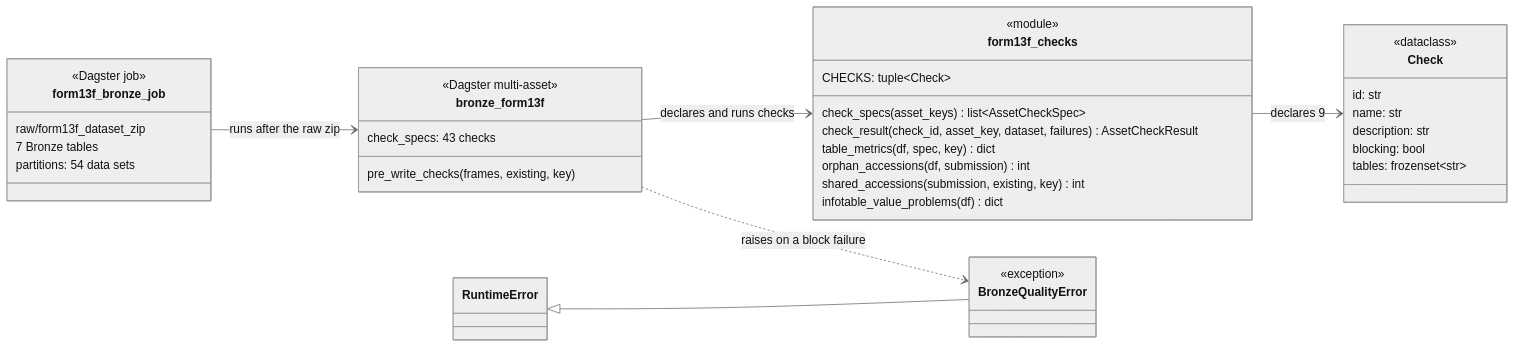
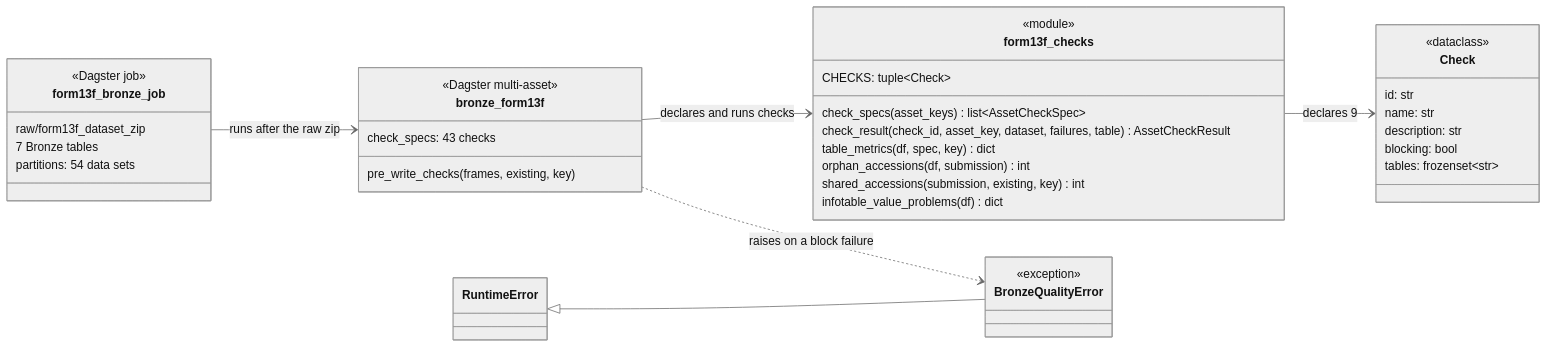
The second of 3 diagrams in docs/guides/form13f-bronze-checks-and-backfill.md (hoanghaithanh/sec-holdings-lakehouse), drawn with Mermaid (neutral theme) before and after one commit. The commit also changed other lines of this file and 9 other files, not shown here.

````diff
--- a/docs/guides/form13f-bronze-checks-and-backfill.md
+++ b/docs/guides/form13f-bronze-checks-and-backfill.md
@@ -67,41 +76,41 @@
 ```mermaid
 classDiagram
     direction LR
     class Check {
         <<dataclass>>
         id: str
         name: str
         description: str
         blocking: bool
         tables: frozenset~str~
     }
     class form13f_checks {
         <<module>>
         CHECKS: tuple~Check~
         check_specs(asset_keys) list~AssetCheckSpec~
-        check_result(check_id, asset_key, dataset, failures) AssetCheckResult
+        check_result(check_id, asset_key, dataset, failures, table) AssetCheckResult
         table_metrics(df, spec, key) dict
         orphan_accessions(df, submission) int
         shared_accessions(submission, existing, key) int
         infotable_value_problems(df) dict
     }
     class bronze_form13f {
         <<Dagster multi-asset>>
         check_specs: 43 checks
         pre_write_checks(frames, existing, key)
     }
     class form13f_bronze_job {
         <<Dagster job>>
         raw/form13f_dataset_zip
         7 Bronze tables
         partitions: 54 data sets
     }
     class BronzeQualityError {
         <<exception>>
     }
     RuntimeError <|-- BronzeQualityError
     form13f_checks --> Check : declares 9
     bronze_form13f --> form13f_checks : declares and runs checks
     bronze_form13f ..> BronzeQualityError : raises on a block failure
     form13f_bronze_job --> bronze_form13f : runs after the raw zip
 ```
````
